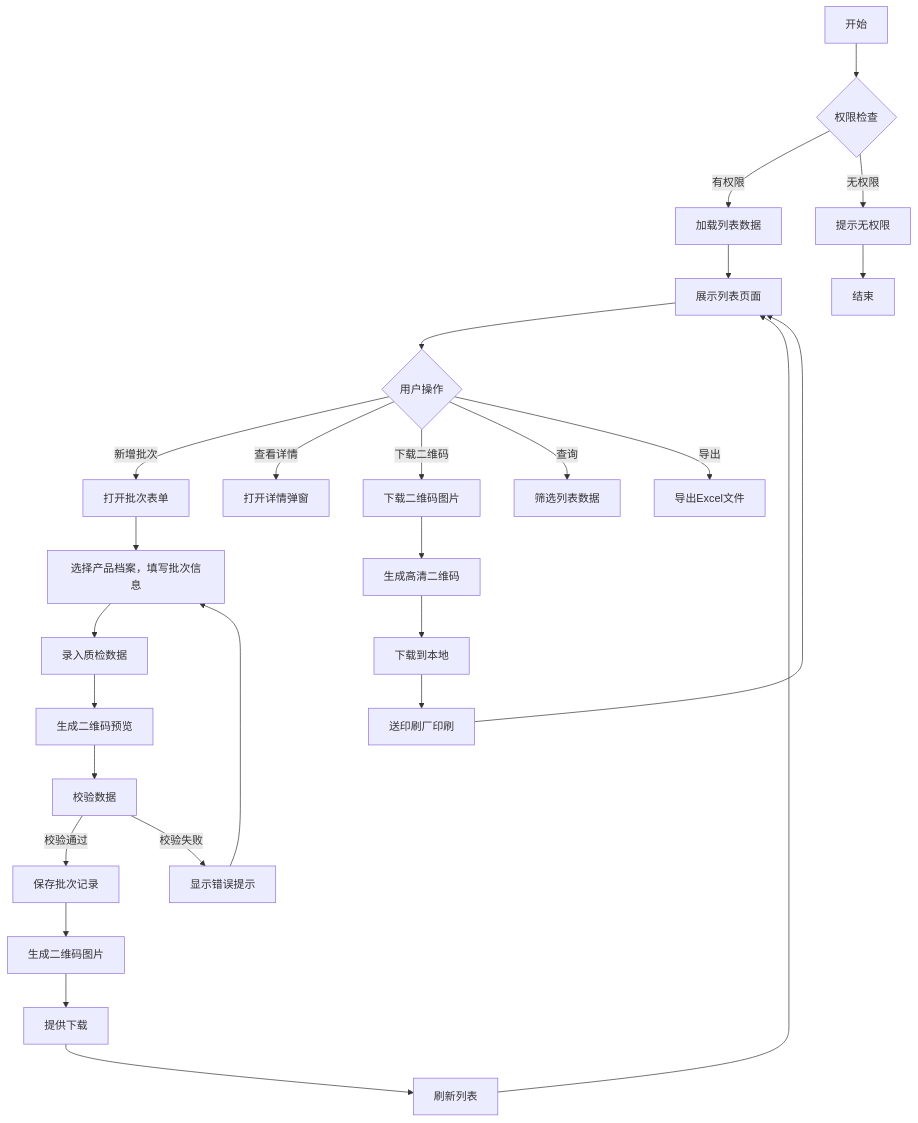
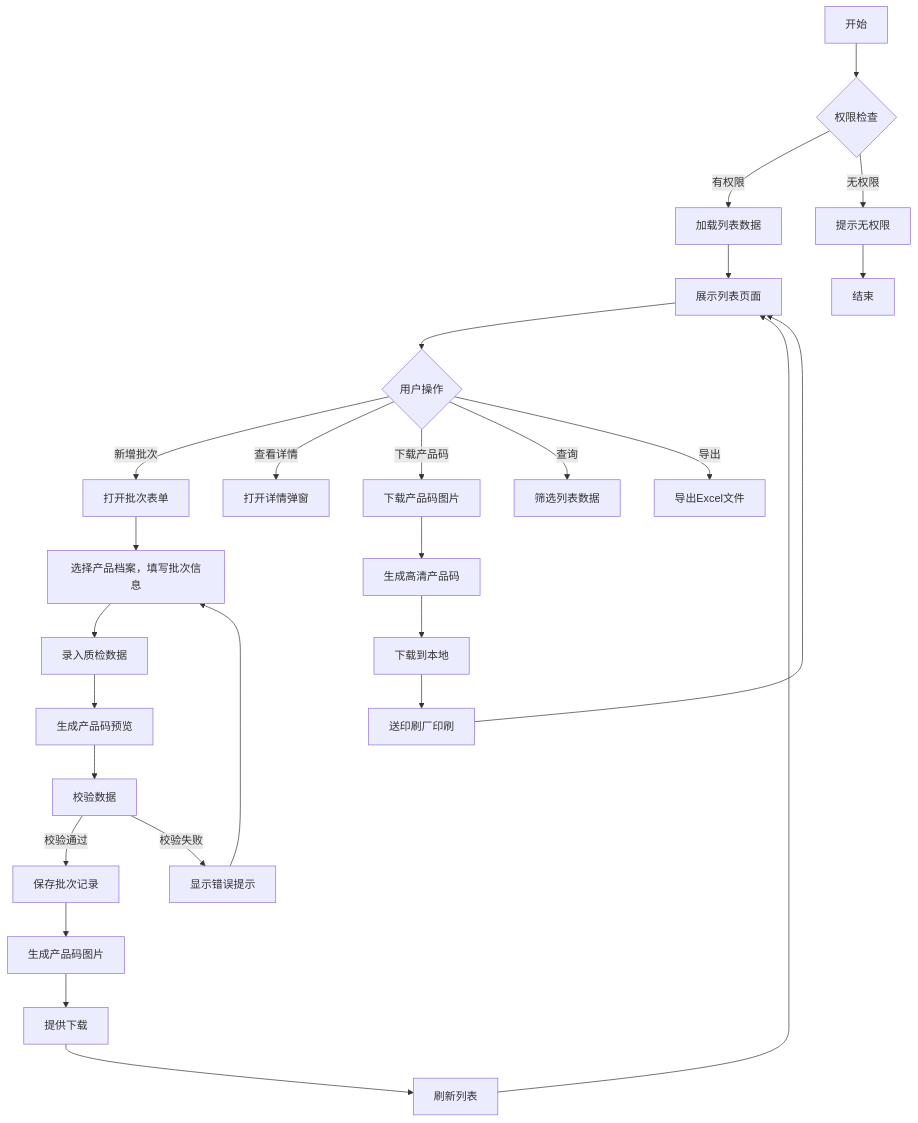
One commit to kwk001/Project changed the fifth of 7 diagrams in 02-guqirongcai/docs/PRD document/PRD文档.md. Above: the diagram before and after it, drawn with Mermaid. The commit also changed other lines of this file and 9 other files, not shown here.

````diff
--- a/02-guqirongcai/docs/PRD document/PRD文档.md
+++ b/02-guqirongcai/docs/PRD document/PRD文档.md
@@ -2023,29 +2216,29 @@
 ```mermaid
 flowchart TD
     A[开始] --> B{权限检查}
     B -->|有权限| C[加载列表数据]
     B -->|无权限| D[提示无权限]
     C --> E[展示列表页面]
     E --> F{用户操作}
     F -->|新增批次| G[打开批次表单]
     F -->|查看详情| H[打开详情弹窗]
-    F -->|下载二维码| I[下载二维码图片]
+    F -->|下载产品码| I[下载产品码图片]
     F -->|查询| J[筛选列表数据]
     F -->|导出| K[导出Excel文件]
     G --> L[选择产品档案，填写批次信息]
     L --> M[录入质检数据]
-    M --> N[生成二维码预览]
+    M --> N[生成产品码预览]
     N --> O[校验数据]
     O -->|校验通过| P[保存批次记录]
     O -->|校验失败| Q[显示错误提示]
     Q --> L
-    P --> R[生成二维码图片]
+    P --> R[生成产品码图片]
     R --> S[提供下载]
     S --> T[刷新列表]
     T --> E
-    I --> U[生成高清二维码]
+    I --> U[生成高清产品码]
     U --> V[下载到本地]
     V --> W[送印刷厂印刷]
     W --> E
     D --> AA[结束]
 ```
````
